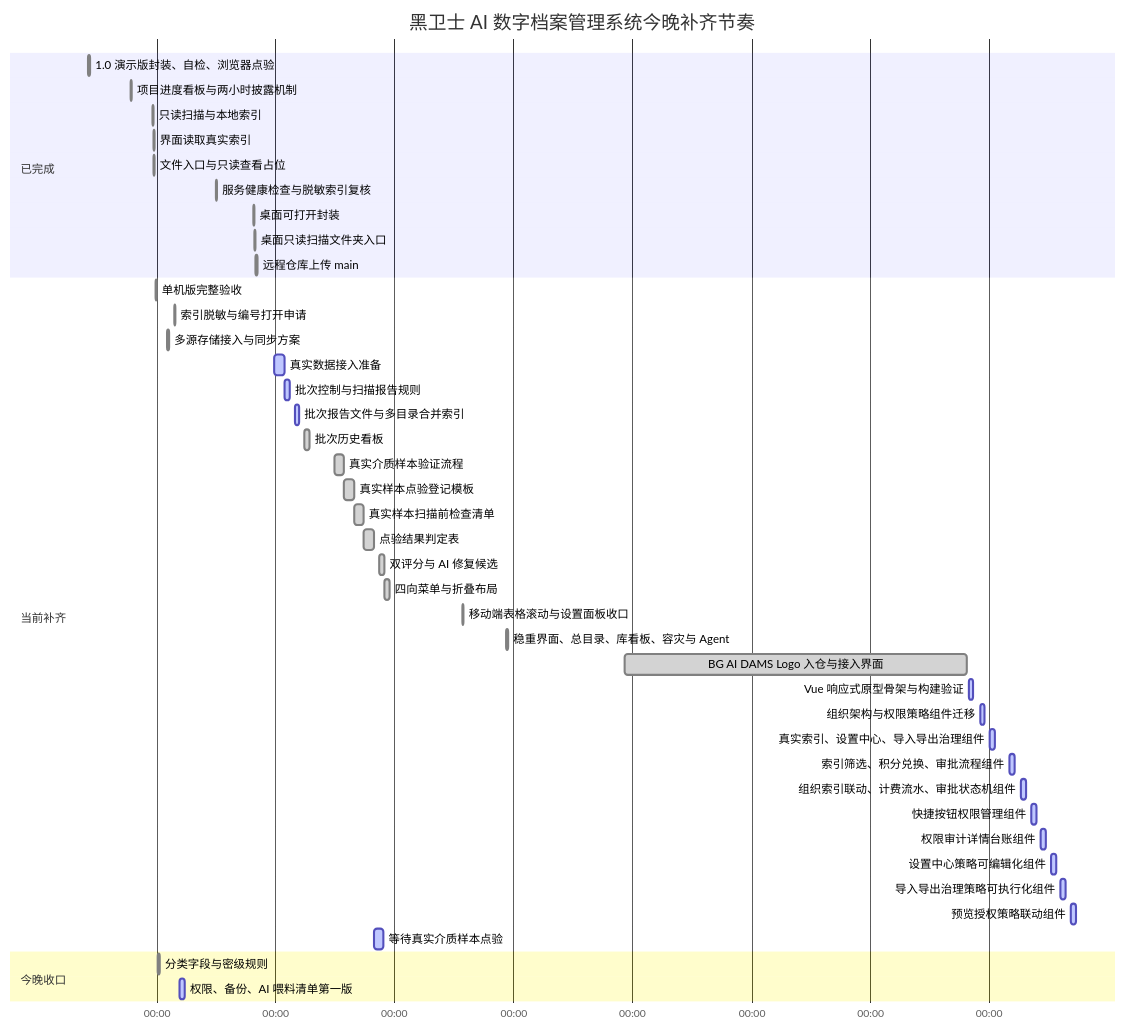
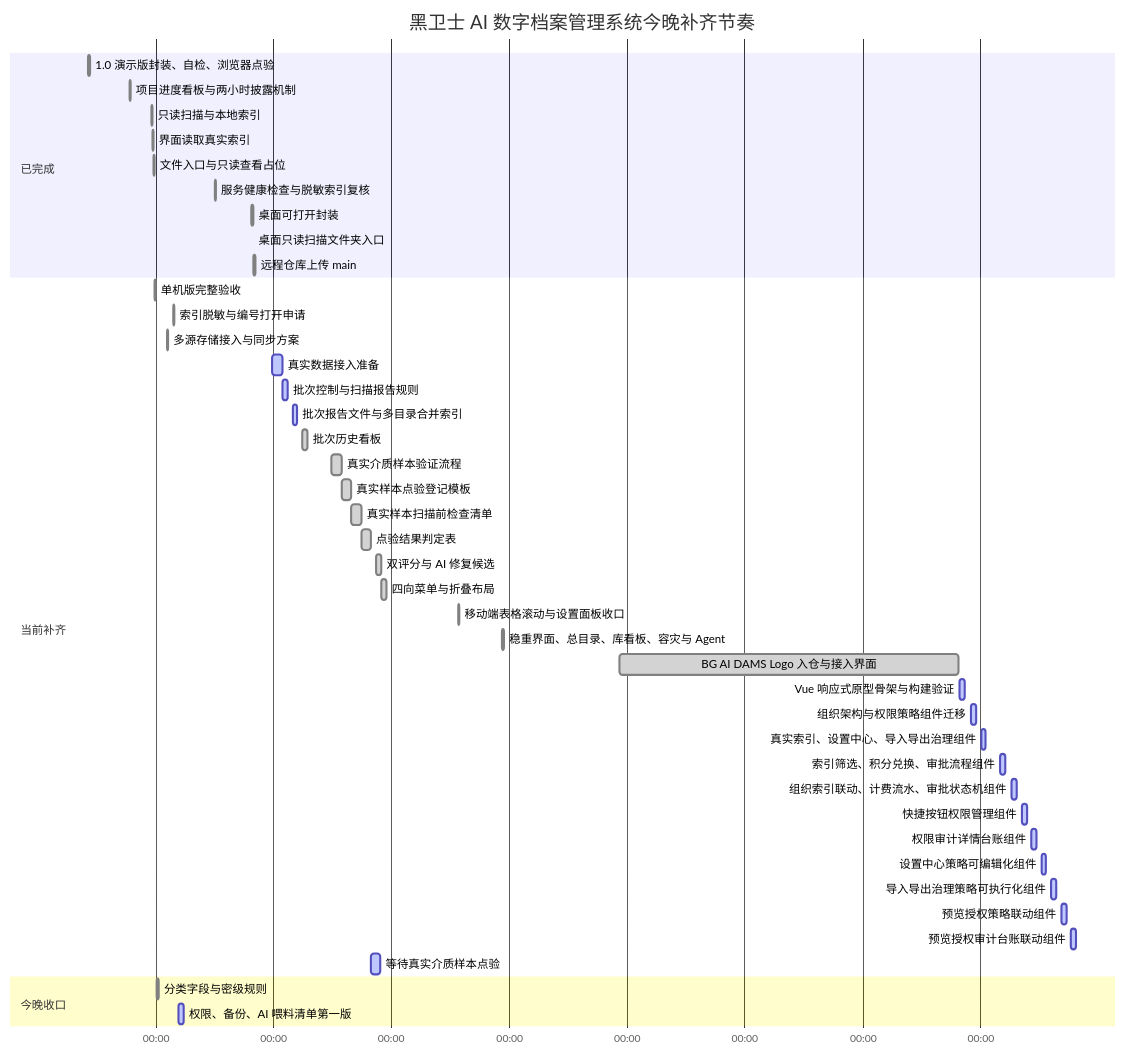
One commit to okalexhohongkong/Alex-Code-Repository changed the diagram in 项目进度看板.md. Above: the diagram before and after it, drawn with Mermaid. The commit also changed other lines of this file and 12 other files, not shown here.

````diff
--- a/项目进度看板.md
+++ b/项目进度看板.md
@@ -28,50 +29,51 @@
 ```mermaid
 gantt
   title 黑卫士 AI 数字档案管理系统今晚补齐节奏
   dateFormat  YYYY-MM-DD HH:mm
   axisFormat  %H:%M
 
   section 已完成
   1.0 演示版封装、自检、浏览器点验        :done, demo-1, 2026-06-21 20:30, 1h
   项目进度看板与两小时披露机制             :done, demo-2, 2026-06-22 13:30, 25m
   只读扫描与本地索引                      :done, local-2, 2026-06-22 22:30, 25m
   界面读取真实索引                        :done, local-3, 2026-06-22 22:55, 20m
   文件入口与只读查看占位                   :done, local-4, 2026-06-22 23:05, 25m
   服务健康检查与脱敏索引复核                :done, local-health, 2026-06-24 00:10, 20m
   桌面可打开封装                           :done, desktop-1, 2026-06-24 15:10, 35m
   桌面只读扫描文件夹入口                    :done, desktop-2, 2026-06-24 15:43, 20m
   远程仓库上传 main                         :done, remote-1, 2026-06-24 16:00, 45m
 
   section 当前补齐
   单机版完整验收                          :done, local-5, 2026-06-22 23:35, 35m
   索引脱敏与编号打开申请                   :done, local-6, 2026-06-23 07:10, 35m
   多源存储接入与同步方案                   :done, storage-1, 2026-06-23 04:30, 35m
   真实数据接入准备                         :active, intake-1, 2026-06-24 23:42, 4h
   批次控制与扫描报告规则                   :active, intake-2, 2026-06-25 03:44, 2h
   批次报告文件与多目录合并索引              :active, intake-3, 2026-06-25 07:47, 2h
   批次历史看板                            :done, intake-4, 2026-06-25 11:50, 2h
   真实介质样本验证流程                    :done, intake-5, 2026-06-25 23:45, 4h
   真实样本点验登记模板                    :done, intake-6, 2026-06-26 03:46, 4h
   真实样本扫描前检查清单                  :done, intake-7, 2026-06-26 07:46, 4h
   点验结果判定表                          :done, intake-8, 2026-06-26 11:46, 4h
   双评分与 AI 修复候选                    :done, ui-score-1, 2026-06-26 18:00, 2h
   四向菜单与折叠布局                      :done, ui-menu-1, 2026-06-26 20:00, 2h
   移动端表格滚动与设置面板收口              :done, ui-mobile-1, 2026-06-28 03:20, 35m
   稳重界面、总目录、库看板、容灾与 Agent     :done, ui-search-1, 2026-06-28 21:00, 1h
   BG AI DAMS Logo 入仓与接入界面              :done, brand-1, 2026-06-30 21:00, 2026-07-06 15:10
   Vue 响应式原型骨架与构建验证                  :active, vue-1, 2026-07-06 15:40, 2h
   组织架构与权限策略组件迁移                    :active, vue-2, 2026-07-06 20:20, 2h
   真实索引、设置中心、导入导出治理组件             :active, vue-3, 2026-07-07 00:20, 2h
   索引筛选、积分兑换、审批流程组件                 :active, vue-4, 2026-07-07 08:10, 2h
   组织索引联动、计费流水、审批状态机组件             :active, vue-5, 2026-07-07 12:50, 2h
   快捷按钮权限管理组件                            :active, vue-6, 2026-07-07 16:55, 2h
   权限审计详情台账组件                            :active, vue-7, 2026-07-07 20:55, 2h
   设置中心策略可编辑化组件                          :active, vue-8, 2026-07-08 00:56, 2h
   导入导出治理策略可执行化组件                       :active, vue-9, 2026-07-08 04:56, 2h
   预览授权策略联动组件                              :active, vue-10, 2026-07-08 09:03, 2h
+  预览授权审计台账联动组件                           :active, vue-11, 2026-07-08 13:02, 2h
   等待真实介质样本点验                    :active, intake-9, 2026-06-26 15:46, 4h
 
   section 今晚收口
   分类字段与密级规则                       :done, class-1, 2026-06-23 00:30, 45m
   权限、备份、AI 喂料清单第一版             :active, class-2, 2026-06-23 09:30, 2h
 ```
````
